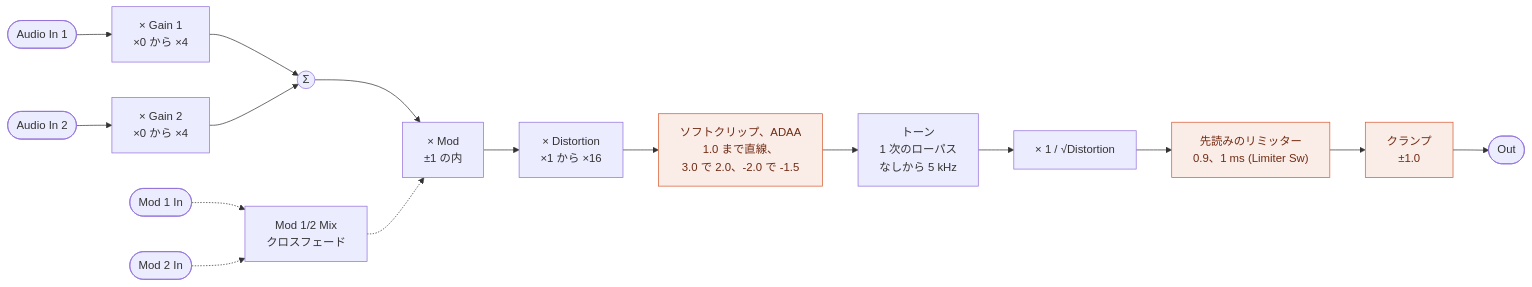
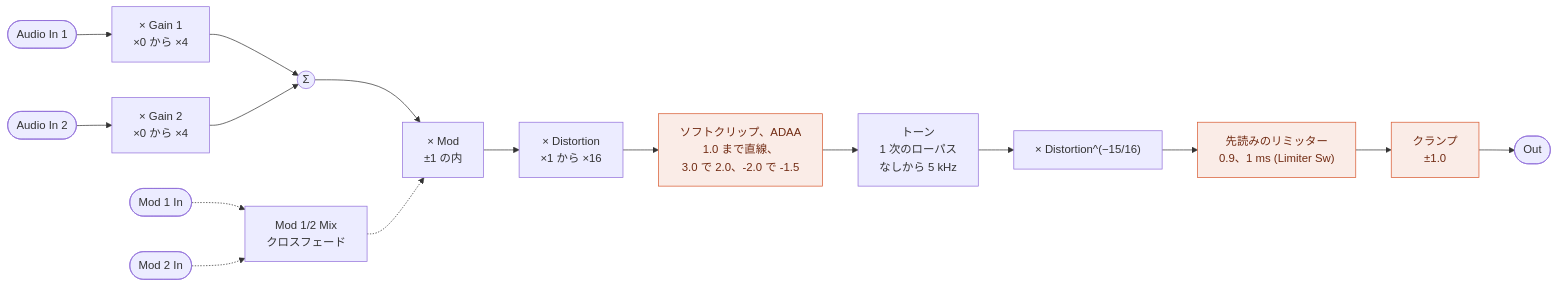
The third of 5 diagrams in spms1_type2/spms1_patching.ja.md (risgk/midi_synthesizer_spms1), drawn with Mermaid before and after one commit. The commit also changed other lines of this file and 8 other files, not shown here.

````diff
--- a/spms1_type2/spms1_patching.ja.md
+++ b/spms1_type2/spms1_patching.ja.md
@@ -149,20 +149,20 @@
 ```mermaid
 flowchart LR
   IN1([Audio In 1]) --> G1["× Gain 1<br/>×0 から ×4"]
   IN2([Audio In 2]) --> G2["× Gain 2<br/>×0 から ×4"]
   G1 --> SUM((Σ))
   G2 --> SUM
   SUM --> M["× Mod<br/>±1 の内"]
   MOD1([Mod 1 In]) -.-> MX["Mod 1/2 Mix<br/>クロスフェード"]
   MOD2([Mod 2 In]) -.-> MX
   MX -.-> M
   M --> DRV["× Distortion<br/>×1 から ×16"]
   DRV --> SC["ソフトクリップ、ADAA<br/>1.0 まで直線、<br/>3.0 で 2.0、-2.0 で -1.5"]
   SC --> TONE["トーン<br/>1 次のローパス<br/>なしから 5 kHz"]
-  TONE --> MU["× 1 / √Distortion"]
+  TONE --> MU["× Distortion^(−15/16)"]
   MU --> LIM["先読みのリミッター<br/>0.9、1 ms (Limiter Sw)"]
   LIM --> CL["クランプ<br/>±1.0"]
   CL --> OUT([Out])
   classDef nl fill:#FAECE7,stroke:#D85A30,color:#712B13
   class SC,LIM,CL nl
 ```
````
